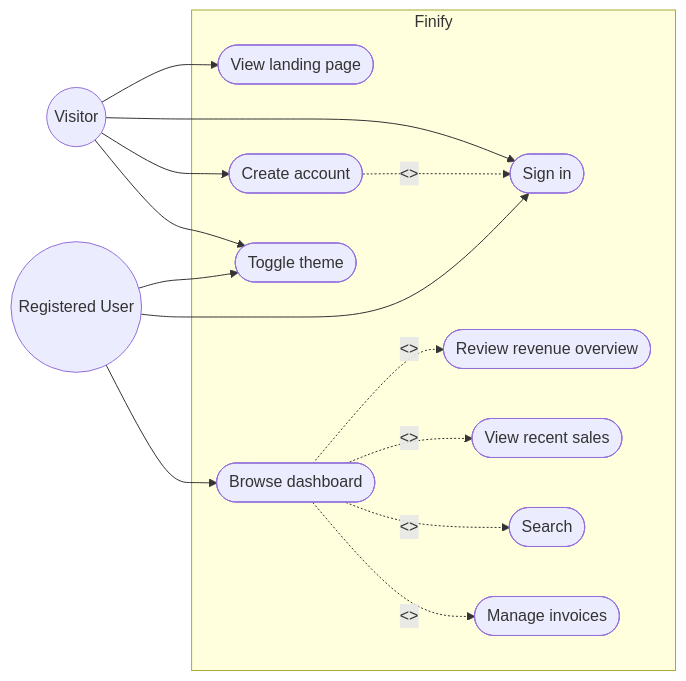
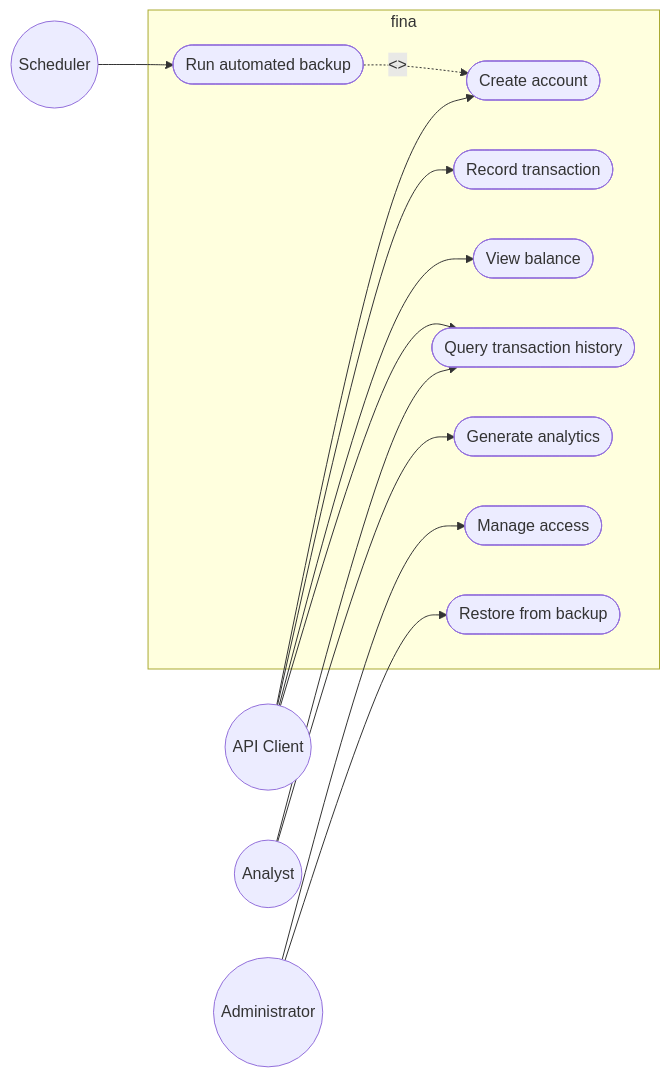
Before and after one commit to ogc16/fina: the first of 5 diagrams in README.md, drawn with Mermaid. The commit also changed other lines of this file and 43 other files, not shown here.

Commit message:
chore: remove Next.js frontend and document Java/Redis architecture

````diff
--- a/README.md
+++ b/README.md
@@ -70,32 +95,32 @@
 ```mermaid
 flowchart LR
-    Visitor((Visitor))
-    User((Registered User))
+    Client((API Client))
+    Analyst((Analyst))
+    Admin((Administrator))
+    Scheduler((Scheduler))
 
-    subgraph Finify["Finify"]
-        UC1([View landing page])
-        UC2([Create account])
-        UC3([Sign in])
-        UC4([Browse dashboard])
-        UC5([Review revenue overview])
-        UC6([View recent sales])
-        UC7([Search])
-        UC8([Manage invoices])
-        UC9([Toggle theme])
+    subgraph Fina["fina"]
+        UC1([Create account])
+        UC2([Record transaction])
+        UC3([View balance])
+        UC4([Query transaction history])
+        UC5([Generate analytics])
+        UC6([Run automated backup])
+        UC7([Restore from backup])
+        UC8([Manage access])
     end
 
-    Visitor --> UC1
-    Visitor --> UC2
-    Visitor --> UC3
-    Visitor --> UC9
+    Client --> UC1
+    Client --> UC2
+    Client --> UC3
+    Client --> UC4
 
-    UC2 -.->|"<<include>>"| UC3
-    User --> UC3
-    User --> UC4
-    User --> UC9
+    Analyst --> UC4
+    Analyst --> UC5
 
-    UC4 -.->|"<<include>>"| UC5
-    UC4 -.->|"<<include>>"| UC6
-    UC4 -.->|"<<include>>"| UC7
-    UC4 -.->|"<<include>>"| UC8
+    Admin --> UC8
+    Admin --> UC7
+
+    Scheduler --> UC6
+    UC6 -.->|"<<include>>"| UC1
 ```
````
